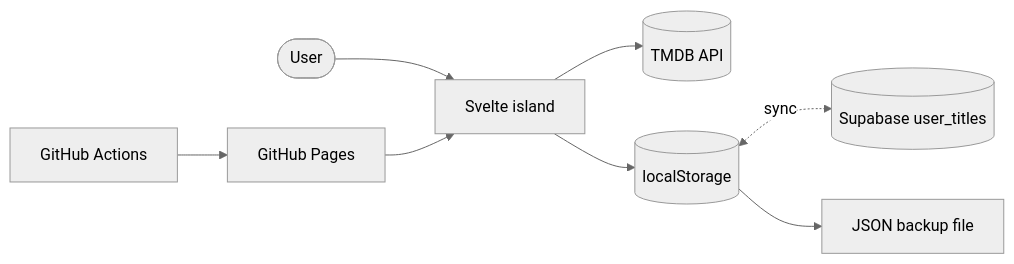
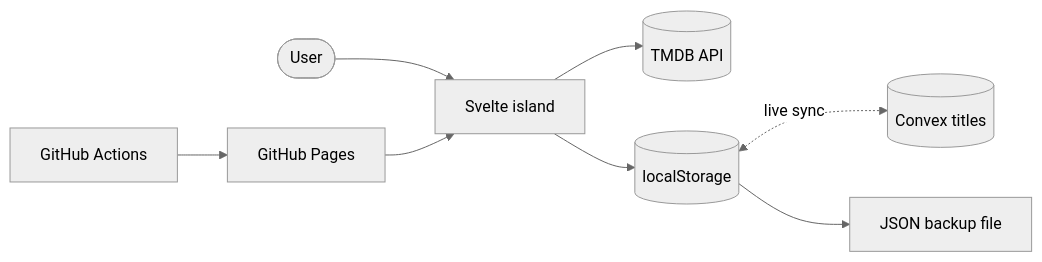
One commit to jcm-developer/cortes-tv changed the diagram in README.md. Above: the diagram before and after it, drawn with Mermaid (neutral theme). The commit also changed other lines of this file and 30 other files, not shown here.

Commit message:
feat: replace supabase with convex for login and live sync

````diff
--- a/README.md
+++ b/README.md
@@ -80,10 +80,10 @@
 ```mermaid
 flowchart LR
   user([User]) --> app[Svelte island]
   app --> tmdb[(TMDB API)]
   app --> ls[(localStorage)]
-  ls <-. sync .-> sb[(Supabase user_titles)]
+  ls <-. live sync .-> cx[(Convex titles)]
   ls --> backup[JSON backup file]
   gha[GitHub Actions] --> pages[GitHub Pages]
   pages --> app
 ```
````
